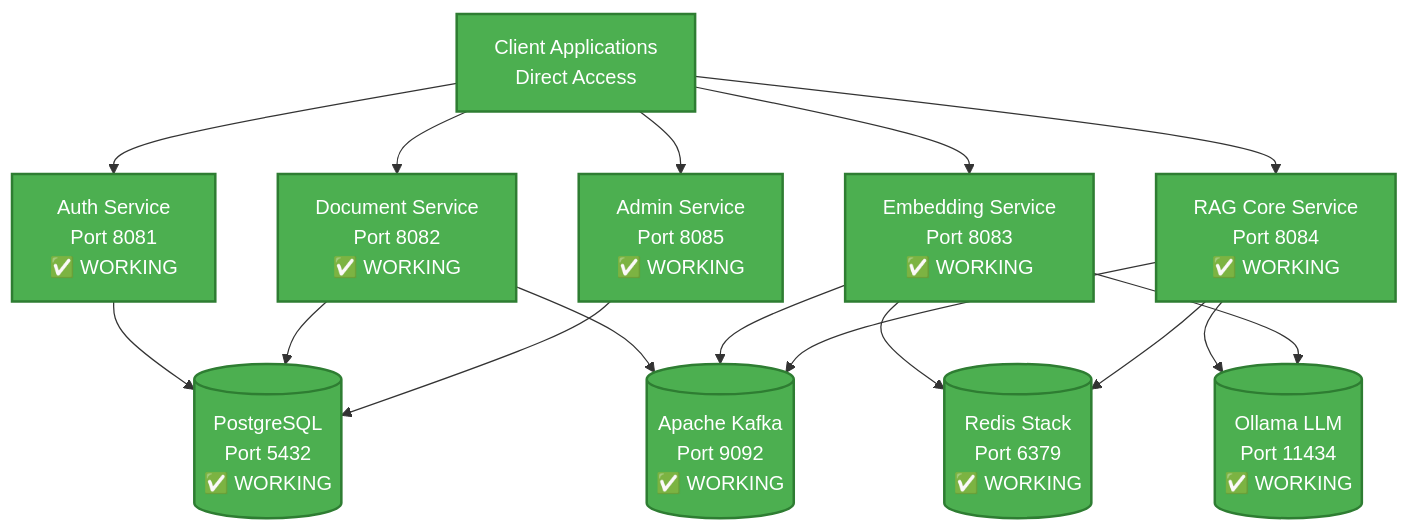
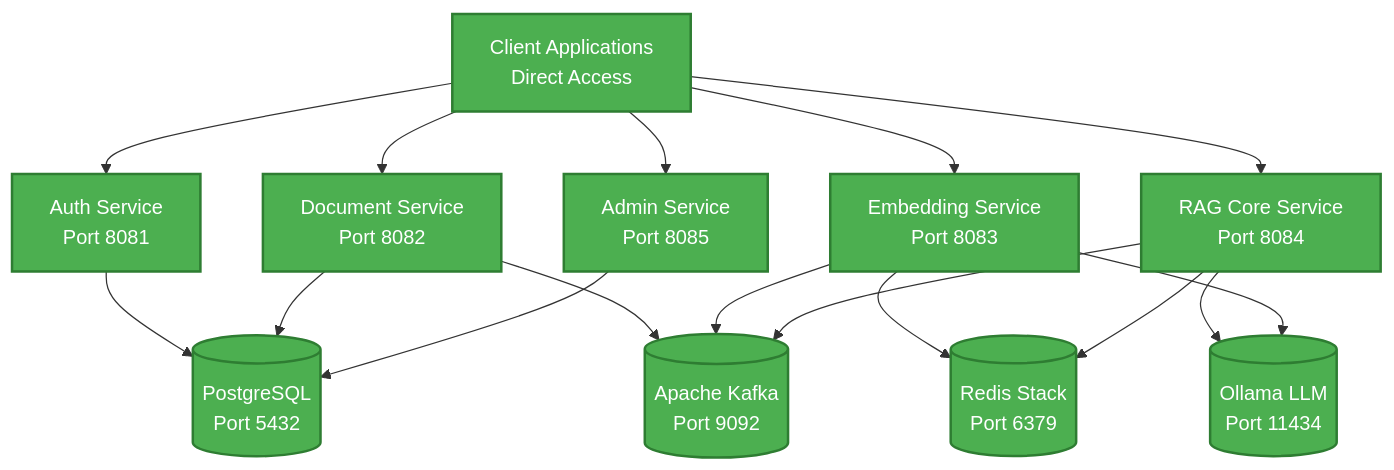
The diagram in README.md (texican/RAG), drawn with Mermaid before and after one commit.

Commit message:
Remove '✅ WORKING' from service descriptions

````diff
--- a/README.md
+++ b/README.md
@@ -278,36 +278,36 @@
 ```mermaid
 graph TB
     Client[Client Applications<br/>Direct Access]
-    Auth[Auth Service<br/>Port 8081<br/>✅ WORKING]
-    Doc[Document Service<br/>Port 8082<br/>✅ WORKING]
-    Embed[Embedding Service<br/>Port 8083<br/>✅ WORKING]
-    Core[RAG Core Service<br/>Port 8084<br/>✅ WORKING]
-    Admin[Admin Service<br/>Port 8085<br/>✅ WORKING]
+    Auth[Auth Service<br/>Port 8081]
+    Doc[Document Service<br/>Port 8082]
+    Embed[Embedding Service<br/>Port 8083]
+    Core[RAG Core Service<br/>Port 8084]
+    Admin[Admin Service<br/>Port 8085]
 
-    PG[(PostgreSQL<br/>Port 5432<br/>✅ WORKING)]
-    Redis[(Redis Stack<br/>Port 6379<br/>✅ WORKING)]
-    Kafka[(Apache Kafka<br/>Port 9092<br/>✅ WORKING)]
-    Ollama[(Ollama LLM<br/>Port 11434<br/>✅ WORKING)]
+    PG[(PostgreSQL<br/>Port 5432)]
+    Redis[(Redis Stack<br/>Port 6379)]
+    Kafka[(Apache Kafka<br/>Port 9092)]
+    Ollama[(Ollama LLM<br/>Port 11434)]
 
     Client --> Auth
     Client --> Doc
     Client --> Embed
     Client --> Core
     Client --> Admin
 
     Auth --> PG
     Doc --> PG
     Embed --> Redis
     Core --> Redis
     Admin --> PG
 
     Doc --> Kafka
     Embed --> Kafka
     Core --> Kafka
 
     Core --> Ollama
     Embed --> Ollama
 
     classDef working fill:#4CAF50,stroke:#2E7D32,stroke-width:2px,color:#FFFFFF;
     class Client,Auth,Doc,Embed,Core,Admin,PG,Redis,Kafka,Ollama working;
 ```
````
